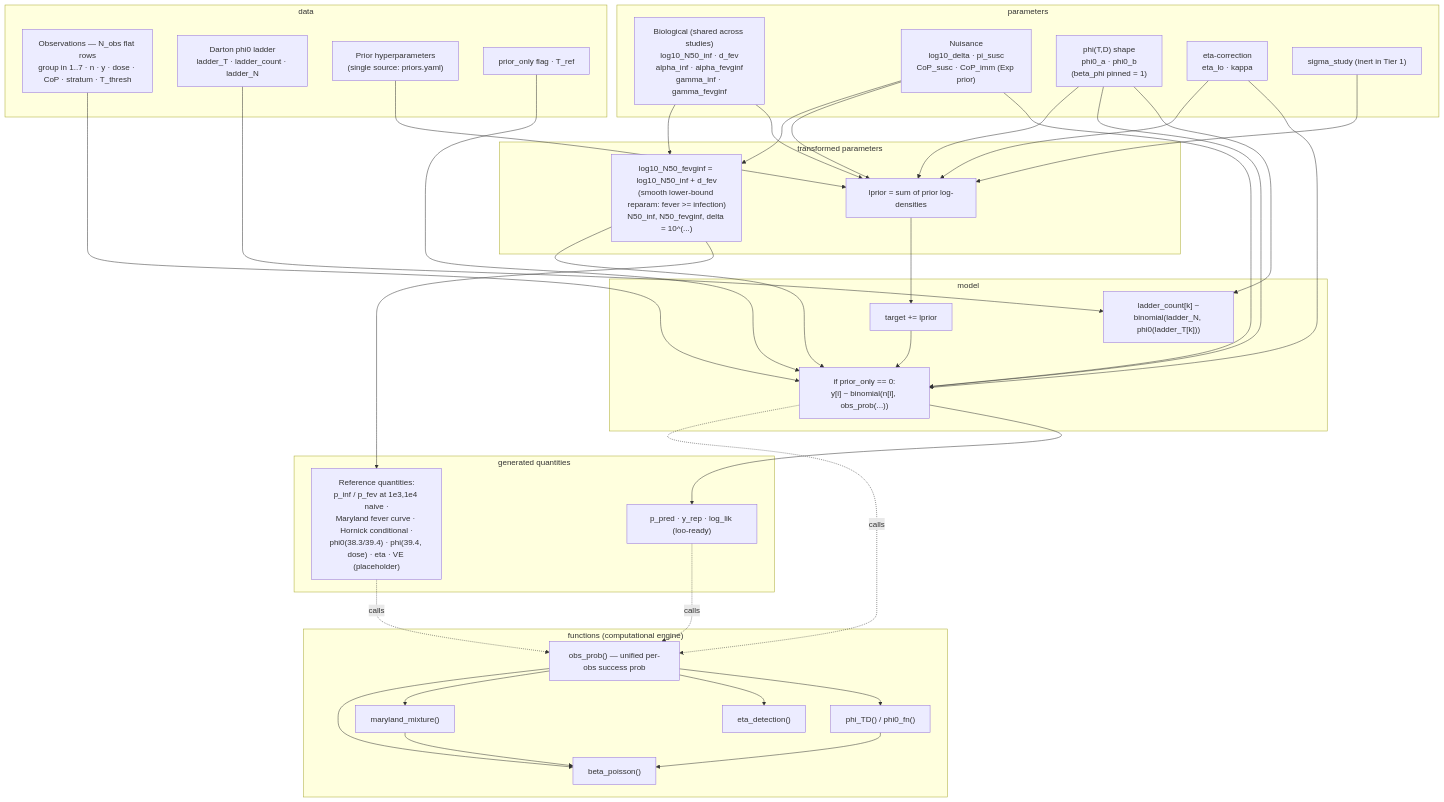
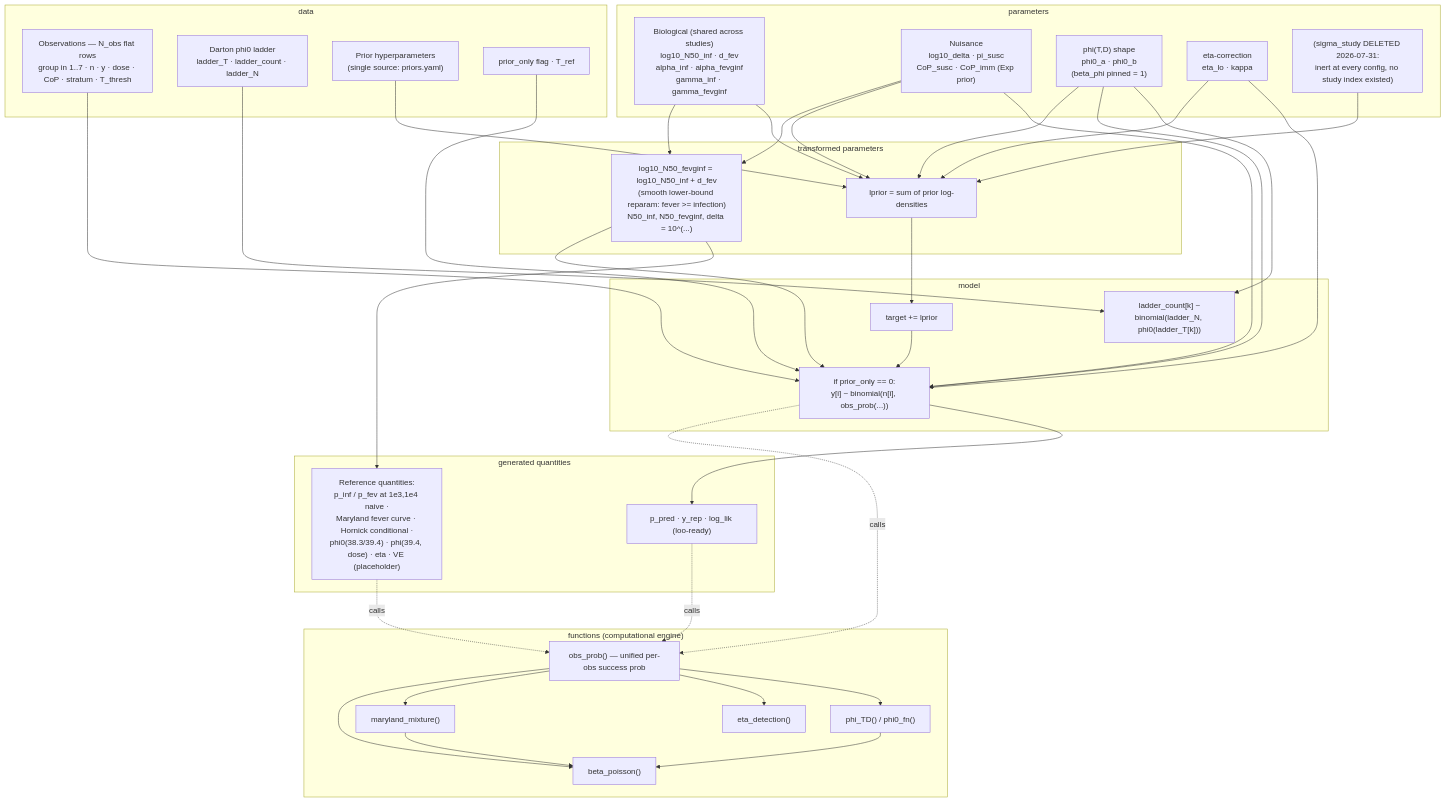
The first of 2 diagrams in metastudies/dose_response_model/stan_model_structure.md (famulare/typhoid-immune-dynamics), drawn with Mermaid before and after one commit. The commit also changed other lines of this file and 8 other files, not shown here.

````diff
--- a/metastudies/dose_response_model/stan_model_structure.md
+++ b/metastudies/dose_response_model/stan_model_structure.md
@@ -22,73 +22,73 @@
 ```mermaid
 flowchart TD
     subgraph DATA["data"]
         OBS["Observations — N_obs flat rows<br/>group in 1..7 · n · y · dose · CoP · stratum · T_thresh"]
         LAD["Darton phi0 ladder<br/>ladder_T · ladder_count · ladder_N"]
         HYP["Prior hyperparameters<br/>(single source: priors.yaml)"]
         FLAG["prior_only flag · T_ref"]
     end
 
     subgraph PARS["parameters"]
         BIO["Biological (shared across studies)<br/>log10_N50_inf · d_fev<br/>alpha_inf · alpha_fevginf<br/>gamma_inf · gamma_fevginf"]
         NUIS["Nuisance<br/>log10_delta · pi_susc<br/>CoP_susc · CoP_imm (Exp prior)"]
         PHI["phi(T,D) shape<br/>phi0_a · phi0_b<br/>(beta_phi pinned = 1)"]
         ETAP["eta-correction<br/>eta_lo · kappa"]
-        OD["sigma_study (inert in Tier 1)"]
+        OD["(sigma_study DELETED 2026-07-31:<br/>inert at every config, no study index existed)"]
     end
 
     subgraph TP["transformed parameters"]
         REPARAM["log10_N50_fevginf = log10_N50_inf + d_fev<br/>(smooth lower-bound reparam: fever >= infection)<br/>N50_inf, N50_fevginf, delta = 10^(...)"]
         LPRIOR["lprior = sum of prior log-densities"]
     end
 
     subgraph MODEL["model"]
         TGT["target += lprior"]
         LIK["if prior_only == 0:<br/>y[i] ~ binomial(n[i], obs_prob(...))"]
         LADLIK["ladder_count[k] ~<br/>binomial(ladder_N, phi0(ladder_T[k]))"]
     end
 
     subgraph GQ["generated quantities"]
         PPC["p_pred · y_rep · log_lik (loo-ready)"]
         DERIV["Reference quantities:<br/>p_inf / p_fev at 1e3,1e4 naive ·<br/>Maryland fever curve · Hornick conditional ·<br/>phi0(38.3/39.4) · phi(39.4, dose) · eta · VE (placeholder)"]
     end
 
     subgraph FUN["functions (computational engine)"]
         OP["obs_prob() — unified per-obs success prob"]
         BP["beta_poisson()"]
         MM["maryland_mixture()"]
         ED["eta_detection()"]
         PHIF["phi_TD() / phi0_fn()"]
         OP --> BP
         OP --> MM
         OP --> ED
         OP --> PHIF
         MM --> BP
         PHIF --> BP
     end
 
     HYP --> LPRIOR
     BIO --> REPARAM
     NUIS --> REPARAM
     BIO --> LPRIOR
     NUIS --> LPRIOR
     PHI --> LPRIOR
     ETAP --> LPRIOR
     OD --> LPRIOR
 
     LPRIOR --> TGT
     TGT --> LIK
     FLAG --> LIK
     OBS --> LIK
     REPARAM --> LIK
     NUIS --> LIK
     PHI --> LIK
     ETAP --> LIK
     LAD --> LADLIK
     PHI --> LADLIK
     LIK -. calls .-> OP
 
     LIK --> PPC
     REPARAM --> DERIV
     PPC -. calls .-> OP
     DERIV -. calls .-> OP
 ```
````
